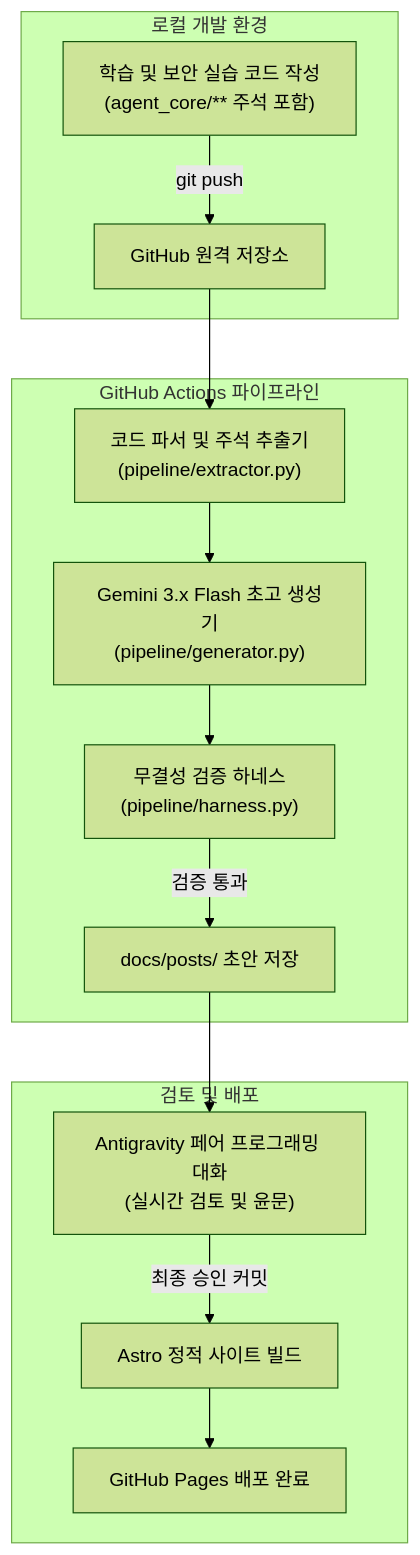
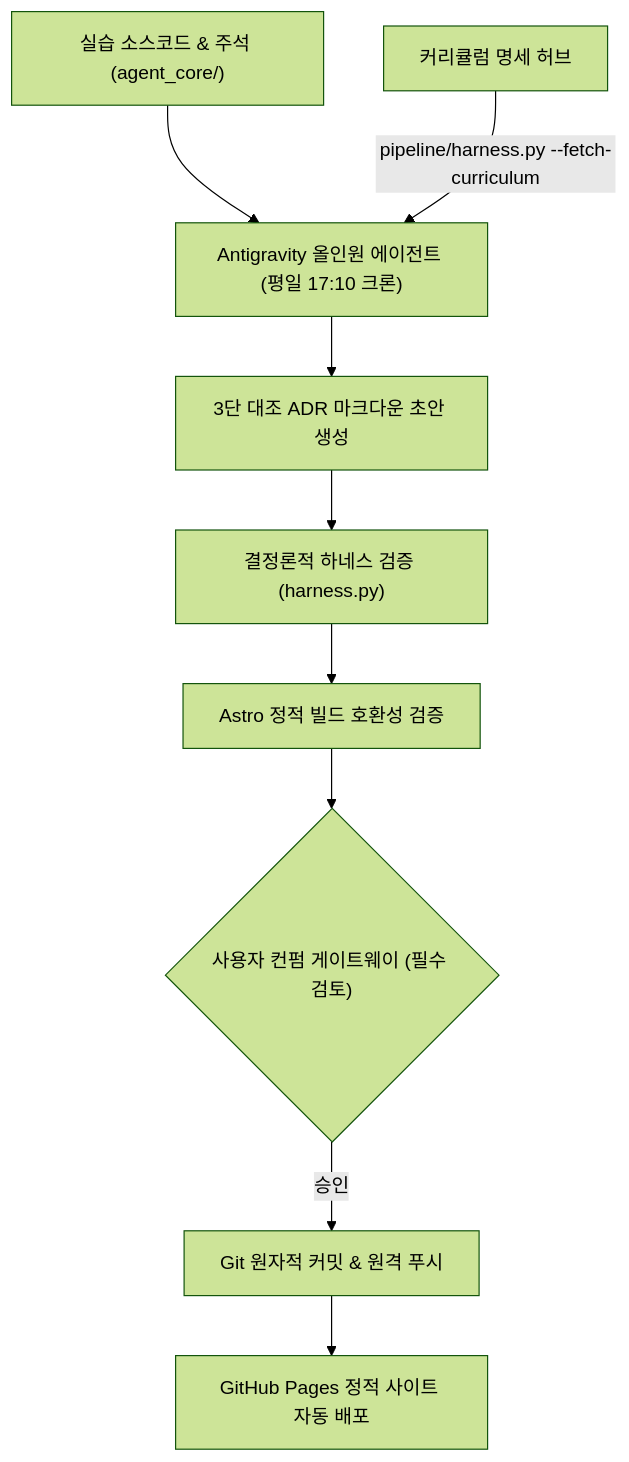
The diagram in docs/posts/proj-devlog-agent-pipeline-01-architecture-and-tradeoffs.md (mmmphyun/security-agent-toolkit), drawn with Mermaid (forest theme) before and after one commit. The commit also changed other lines of this file and 7 other files, not shown here.

Commit message:
docs(posts): 1~5일차 실습 및 프로젝트 회고 8종 포스트 전면 재작성 및 하네스 검증 통과

````diff
--- a/docs/posts/proj-devlog-agent-pipeline-01-architecture-and-tradeoffs.md
+++ b/docs/posts/proj-devlog-agent-pipeline-01-architecture-and-tradeoffs.md
@@ -51,19 +21,12 @@
 ```mermaid
 flowchart TD
-    subgraph Local_Dev["로컬 개발 환경"]
-        A["학습 및 보안 실습 코드 작성<br>(agent_core/** 주석 포함)"] -->|git push| B["GitHub 원격 저장소"]
-    end
-
-    subgraph CI_Pipeline["GitHub Actions 파이프라인"]
-        B --> C["코드 파서 및 주석 추출기<br>(pipeline/extractor.py)"]
-        C --> D["Gemini 3.x Flash 초고 생성기<br>(pipeline/generator.py)"]
-        D --> E["무결성 검증 하네스<br>(pipeline/harness.py)"]
-        E -->|검증 통과| F["docs/posts/ 초안 저장"]
-    end
-
-    subgraph Review_and_Deploy["검토 및 배포"]
-        F --> G["Antigravity 페어 프로그래밍 대화<br>(실시간 검토 및 윤문)"]
-        G -->|최종 승인 커밋| H["Astro 정적 사이트 빌드"]
-        H --> I["GitHub Pages 배포 완료"]
-    end
+    A["실습 소스코드 & 주석 (agent_core/)"] --> B["Antigravity 올인원 에이전트 (평일 17:10 크론)"]
+    C["커리큘럼 명세 허브"] -->|pipeline/harness.py --fetch-curriculum| B
+    B --> D["3단 대조 ADR 마크다운 초안 생성"]
+    D --> E["결정론적 하네스 검증 (harness.py)"]
+    E --> F["Astro 정적 빌드 호환성 검증"]
+    G{"사용자 컨펌 게이트웨이 (필수 검토)"}
+    F --> G
+    G -->|승인| H["Git 원자적 커밋 & 원격 푸시"]
+    H --> I["GitHub Pages 정적 사이트 자동 배포"]
 ```
````
